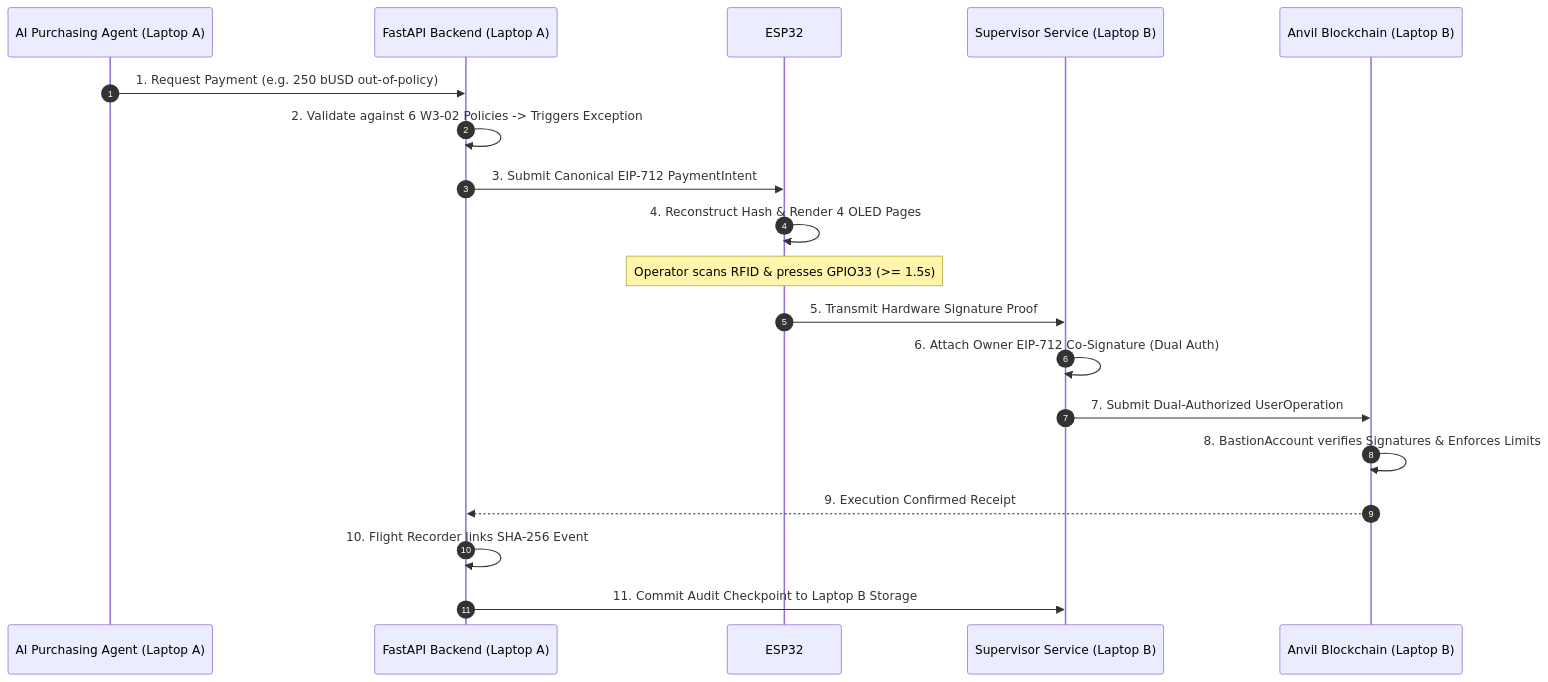
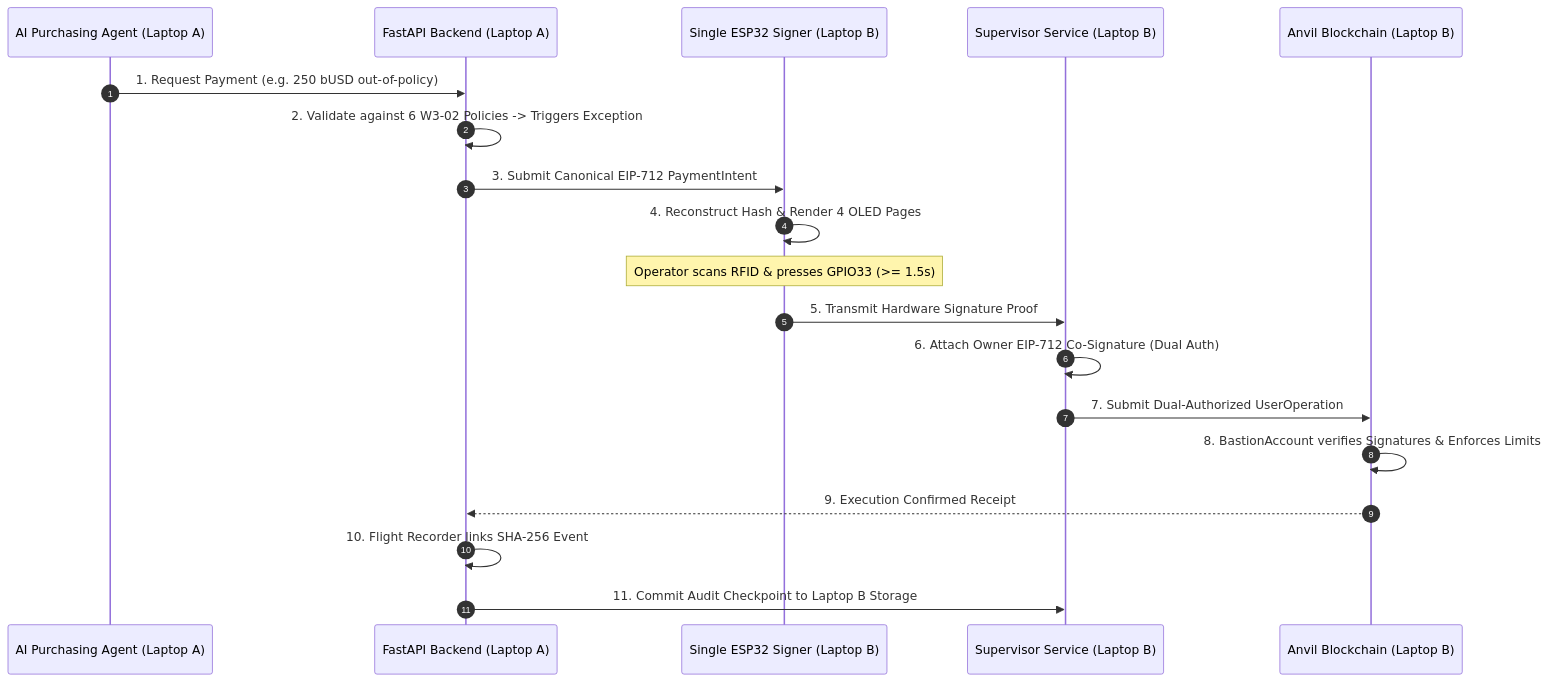
The first of 2 diagrams in docs/setup/TWO_LAPTOP_INTEGRATION.md (kevhim/Phantom-Troupe-Bastion), drawn with Mermaid before and after one commit. The commit also changed other lines of this file and 36 other files, not shown here.

First line of the commit message:
feat(hardware): correct inventory to single ESP32 driving dual OLEDs

````diff
--- a/docs/setup/TWO_LAPTOP_INTEGRATION.md
+++ b/docs/setup/TWO_LAPTOP_INTEGRATION.md
@@ -26,22 +26,22 @@
 ```mermaid
 sequenceDiagram
     autonumber
     participant Agent as AI Purchasing Agent (Laptop A)
     participant API as FastAPI Backend (Laptop A)
-    participant Signer as ESP32 #1 Signer (Laptop B)
+    participant Signer as Single ESP32 Signer (Laptop B)
     participant Super as Supervisor Service (Laptop B)
     participant Chain as Anvil Blockchain (Laptop B)
 
     Agent->>API: 1. Request Payment (e.g. 250 bUSD out-of-policy)
     API->>API: 2. Validate against 6 W3-02 Policies -> Triggers Exception
     API->>Signer: 3. Submit Canonical EIP-712 PaymentIntent
     Signer->>Signer: 4. Reconstruct Hash & Render 4 OLED Pages
     Note over Signer: Operator scans RFID & presses GPIO33 (>= 1.5s)
     Signer->>Super: 5. Transmit Hardware Signature Proof
     Super->>Super: 6. Attach Owner EIP-712 Co-Signature (Dual Auth)
     Super->>Chain: 7. Submit Dual-Authorized UserOperation
     Chain->>Chain: 8. BastionAccount verifies Signatures & Enforces Limits
     Chain-->>API: 9. Execution Confirmed Receipt
     API->>API: 10. Flight Recorder links SHA-256 Event
     API->>Super: 11. Commit Audit Checkpoint to Laptop B Storage
 ```
````
